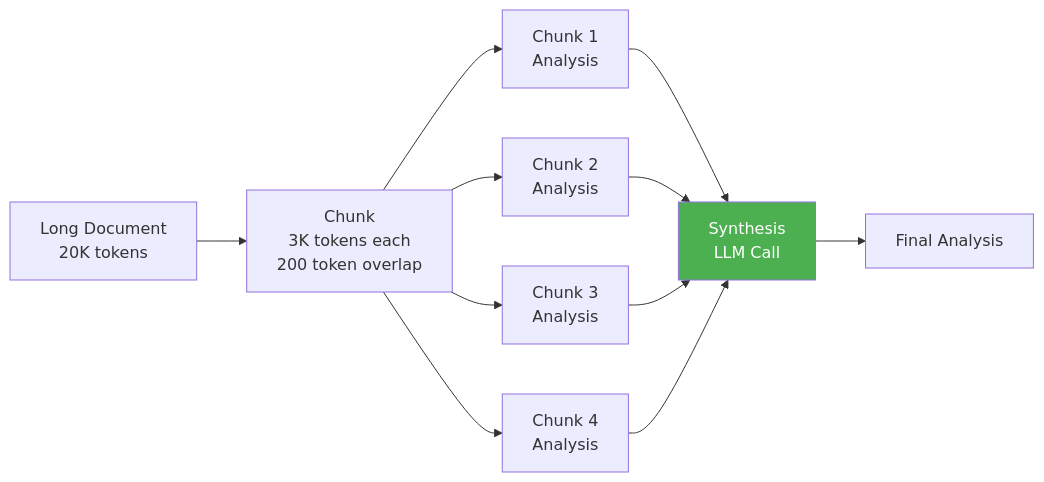
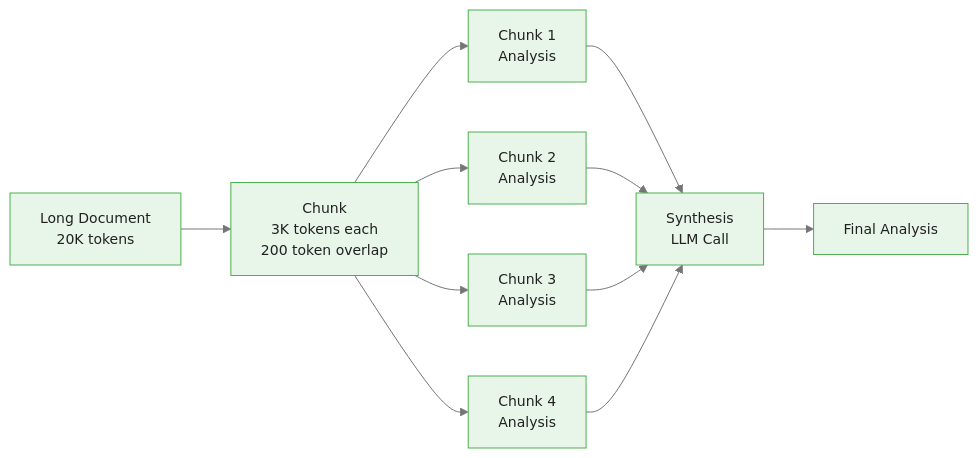
Before and after one commit to m-deane/course-creator: the fourth of 6 diagrams in courses/dataiku-genai/modules/module_03_custom/guides/03_pipeline_integration_slides.md, drawn with Mermaid. The commit also changed other lines of this file and 54 other files, not shown here.

````diff
--- a/courses/dataiku-genai/modules/module_03_custom/guides/03_pipeline_integration_slides.md
+++ b/courses/dataiku-genai/modules/module_03_custom/guides/03_pipeline_integration_slides.md
@@ -224,16 +222,15 @@
 ```mermaid
+%%{init: {"theme": "base", "themeVariables": {"primaryColor": "#e8f5e9", "primaryBorderColor": "#4caf50", "primaryTextColor": "#212121", "secondaryColor": "#e3f2fd", "tertiaryColor": "#fff8e1", "lineColor": "#757575", "fontFamily": "Inter, sans-serif", "fontSize": "14px"}}}%%
 flowchart LR
     DOC[Long Document<br/>20K tokens] --> CHUNK[Chunk<br/>3K tokens each<br/>200 token overlap]
     CHUNK --> C1[Chunk 1<br/>Analysis]
     CHUNK --> C2[Chunk 2<br/>Analysis]
     CHUNK --> C3[Chunk 3<br/>Analysis]
     CHUNK --> C4[Chunk 4<br/>Analysis]
 
     C1 --> SYNTH[Synthesis<br/>LLM Call]
     C2 --> SYNTH
     C3 --> SYNTH
     C4 --> SYNTH
     SYNTH --> FINAL[Final Analysis]
-
-    style SYNTH fill:#4CAF50,color:#fff
 ```
````
